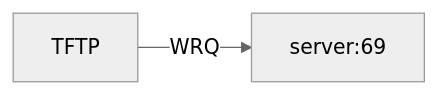
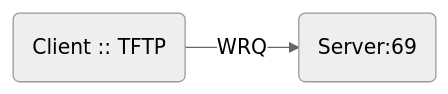
The first of 4 diagrams in docs/administration/devices/tftp.mdx (VirtualMetric/virtualmetric-docs), drawn with Mermaid (neutral theme) before and after one commit. The commit also changed other lines of this file and 6 other files, not shown here.

````diff
--- a/docs/administration/devices/tftp.mdx
+++ b/docs/administration/devices/tftp.mdx
@@ -88,4 +88,6 @@
-```mermaid
-graph LR;
-  TFTP --> |WRQ| server:69
-```
+  ```mermaid
+  graph LR
+    A("`Client :: TFTP`")
+    B(Server:69)
+    A --> |WRQ| B
+  ```
````
